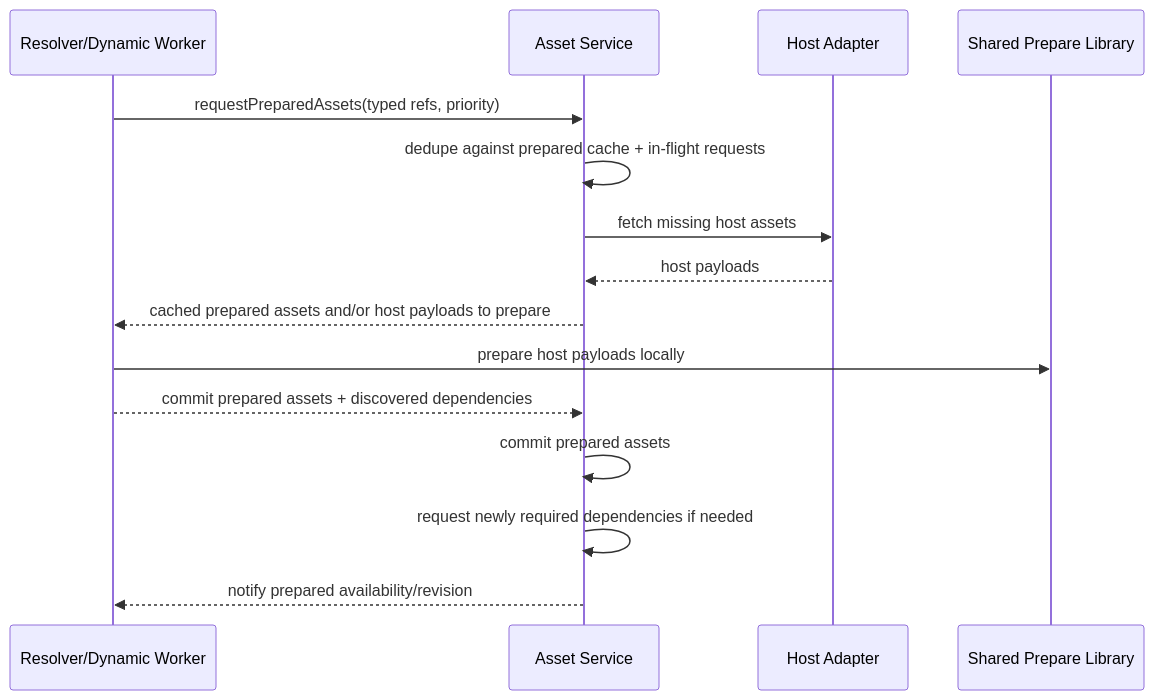
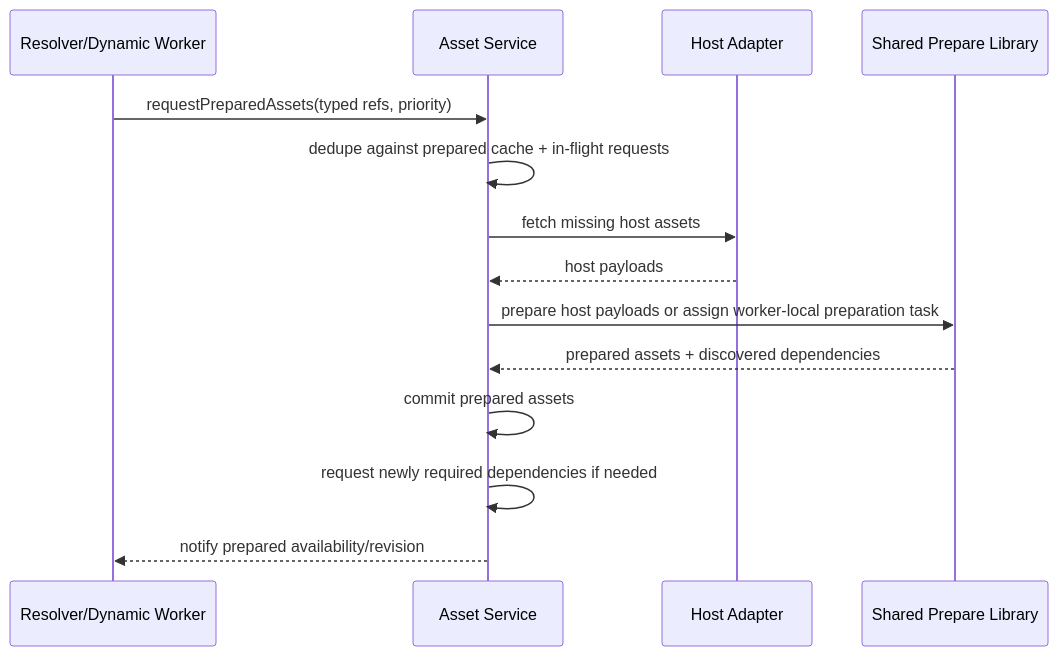
The eighth of 22 diagrams in docs/plans/holtburger-3d-frontend-v2-design.md (merklejerk/holtburger), drawn with Mermaid before and after one commit. The commit also changed other lines of this file and 1 other file, not shown here.

````diff
--- a/docs/plans/holtburger-3d-frontend-v2-design.md
+++ b/docs/plans/holtburger-3d-frontend-v2-design.md
@@ -713,18 +713,17 @@
 ```mermaid
 sequenceDiagram
   participant Consumer as Resolver/Dynamic Worker
   participant Assets as Asset Service
   participant Host as Host Adapter
   participant Prepare as Shared Prepare Library
 
   Consumer->>Assets: requestPreparedAssets(typed refs, priority)
   Assets->>Assets: dedupe against prepared cache + in-flight requests
   Assets->>Host: fetch missing host assets
   Host-->>Assets: host payloads
-  Assets-->>Consumer: cached prepared assets and/or host payloads to prepare
-  Consumer->>Prepare: prepare host payloads locally
-  Consumer-->>Assets: commit prepared assets + discovered dependencies
+  Assets->>Prepare: prepare host payloads or assign worker-local preparation task
+  Prepare-->>Assets: prepared assets + discovered dependencies
   Assets->>Assets: commit prepared assets
   Assets->>Assets: request newly required dependencies if needed
   Assets-->>Consumer: notify prepared availability/revision
 ```
````
